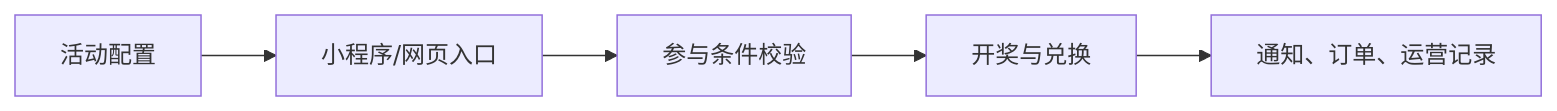
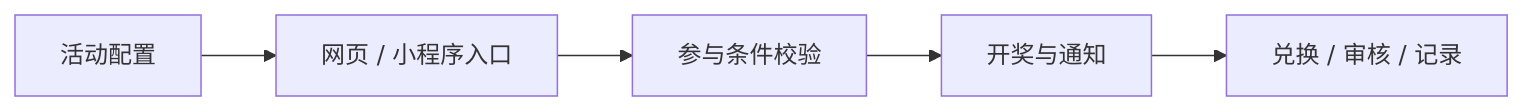
The diagram in README.md (wilderjett250-art/009-wechat-lottery), drawn with Mermaid before and after one commit. The commit also changed other lines of this file and 1 other file, not shown here.

````diff
--- a/README.md
+++ b/README.md
@@ -9,7 +15,7 @@
-```mermaid
+~~~mermaid
 flowchart LR
- A[活动配置] --> B[小程序/网页入口]
+ A[活动配置] --> B[网页 / 小程序入口]
  B --> C[参与条件校验]
- C --> D[开奖与兑换]
- D --> E[通知、订单、运营记录]
-```
+ C --> D[开奖与通知]
+ D --> E[兑换 / 审核 / 记录]
+~~~
````
